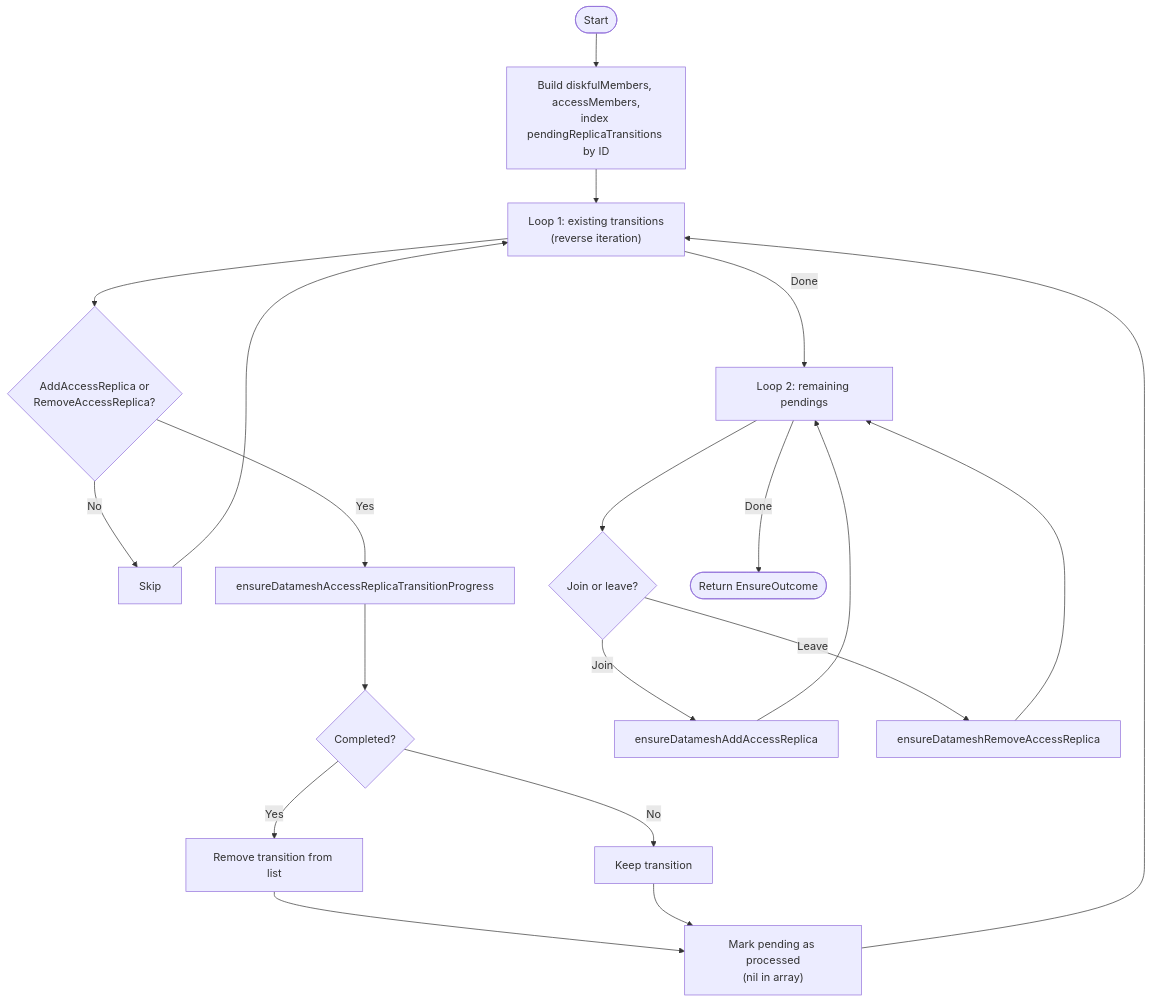
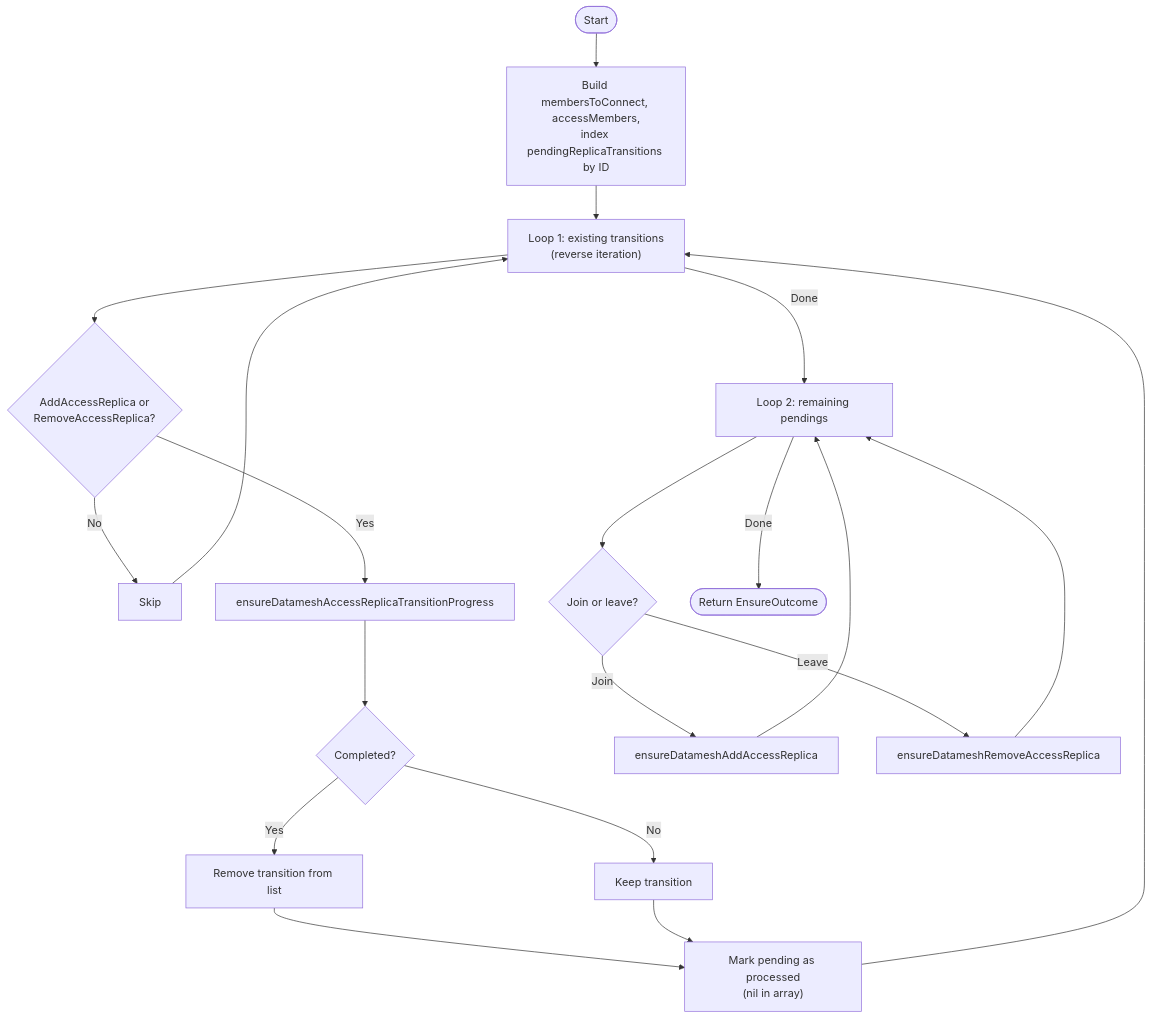
The tenth of 13 diagrams in images/controller/internal/controllers/rv_controller/README.md (deckhouse/sds-replicated-volume), drawn with Mermaid before and after one commit. The commit also changed other lines of this file and 70 other files, not shown here.

````diff
--- a/images/controller/internal/controllers/rv_controller/README.md
+++ b/images/controller/internal/controllers/rv_controller/README.md
@@ -813,24 +813,24 @@
 ```mermaid
 flowchart TD
-    Start([Start]) --> BuildSets["Build diskfulMembers, accessMembers,<br/>index pendingReplicaTransitions by ID"]
+    Start([Start]) --> BuildSets["Build membersToConnect, accessMembers,<br/>index pendingReplicaTransitions by ID"]
 
     BuildSets --> Loop1["Loop 1: existing transitions<br/>(reverse iteration)"]
     Loop1 --> CheckType{AddAccessReplica or<br/>RemoveAccessReplica?}
     CheckType -->|No| SkipTransition[Skip]
     CheckType -->|Yes| Progress[ensureDatameshAccessReplicaTransitionProgress]
     Progress --> Completed{Completed?}
     Completed -->|Yes| RemoveTransition[Remove transition from list]
     Completed -->|No| KeepTransition[Keep transition]
     RemoveTransition --> MarkProcessed["Mark pending as processed<br/>(nil in array)"]
     KeepTransition --> MarkProcessed
     SkipTransition --> Loop1
     MarkProcessed --> Loop1
 
     Loop1 -->|Done| Loop2["Loop 2: remaining pendings"]
     Loop2 --> CheckJoinLeave{Join or leave?}
     CheckJoinLeave -->|Join| JoinFn[ensureDatameshAddAccessReplica]
     CheckJoinLeave -->|Leave| LeaveFn[ensureDatameshRemoveAccessReplica]
     JoinFn --> Loop2
     LeaveFn --> Loop2
     Loop2 -->|Done| EndNode([Return EnsureOutcome])
 ```
````
